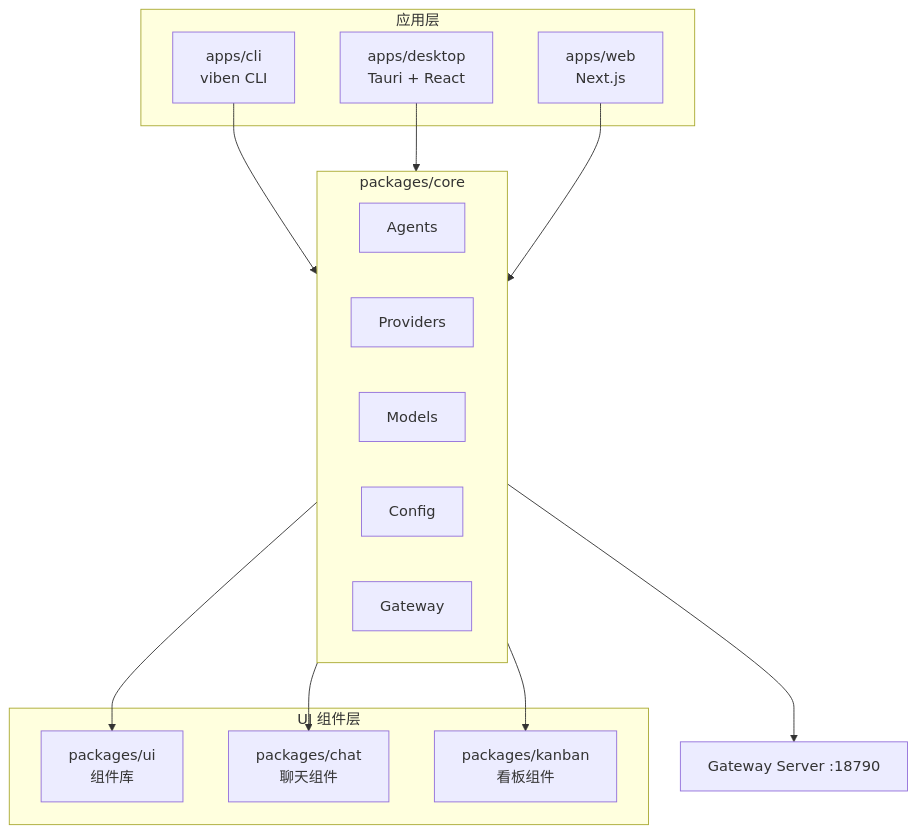
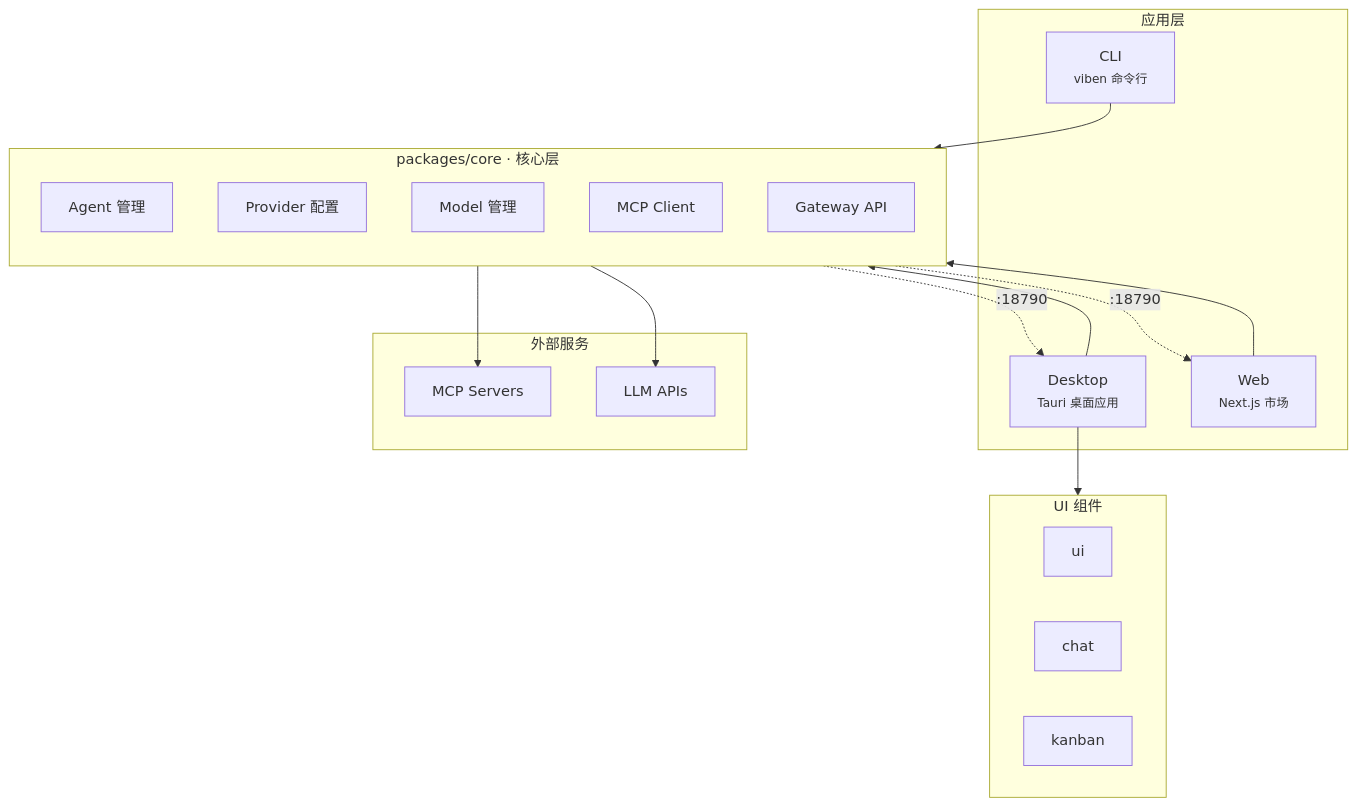
The diagram in README.md (LinXueyuanStdio/viben), drawn with Mermaid before and after one commit. The commit also changed other lines of this file and 13 other files, not shown here.

````diff
--- a/README.md
+++ b/README.md
@@ -16,33 +16,39 @@
 ```mermaid
 graph TB
-    subgraph Applications["应用层"]
-        CLI["apps/cli<br/>viben CLI"]
-        Desktop["apps/desktop<br/>Tauri + React"]
-        Web["apps/web<br/>Next.js"]
+    subgraph Apps["应用层"]
+        CLI["CLI<br/><small>viben 命令行</small>"]
+        Desktop["Desktop<br/><small>Tauri 桌面应用</small>"]
+        Web["Web<br/><small>Next.js 市场</small>"]
     end
 
-    subgraph Core["packages/core"]
-        Agents["Agents"]
-        Providers["Providers"]
-        Models["Models"]
-        Config["Config"]
-        Gateway["Gateway"]
+    subgraph Core["packages/core · 核心层"]
+        direction TB
+        Agents["Agent 管理"]
+        Providers["Provider 配置"]
+        Models["Model 管理"]
+        MCP["MCP Client"]
+        Gateway["Gateway API"]
     end
 
-    subgraph UI["UI 组件层"]
-        PkgUI["packages/ui<br/>组件库"]
-        PkgChat["packages/chat<br/>聊天组件"]
-        PkgKanban["packages/kanban<br/>看板组件"]
+    subgraph UI["UI 组件"]
+        PkgUI["ui"]
+        PkgChat["chat"]
+        PkgKanban["kanban"]
+    end
+
+    subgraph External["外部服务"]
+        MCPServer["MCP Servers"]
+        LLM["LLM APIs"]
     end
 
     CLI --> Core
     Desktop --> Core
+    Desktop --> UI
     Web --> Core
 
-    Core --> PkgUI
-    Core --> PkgChat
-    Core --> PkgKanban
+    Gateway -.->|":18790"| Desktop
+    Gateway -.->|":18790"| Web
 
-    GatewayServer["Gateway Server :18790"]
-    Core --> GatewayServer
+    MCP --> MCPServer
+    Providers --> LLM
 ```
````
